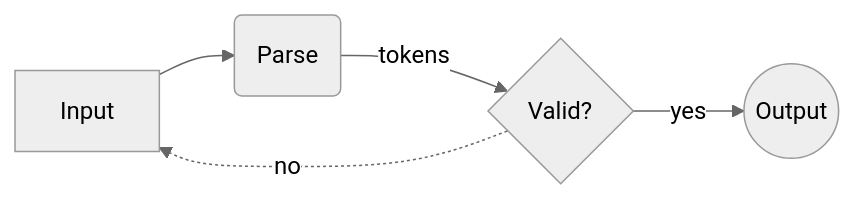
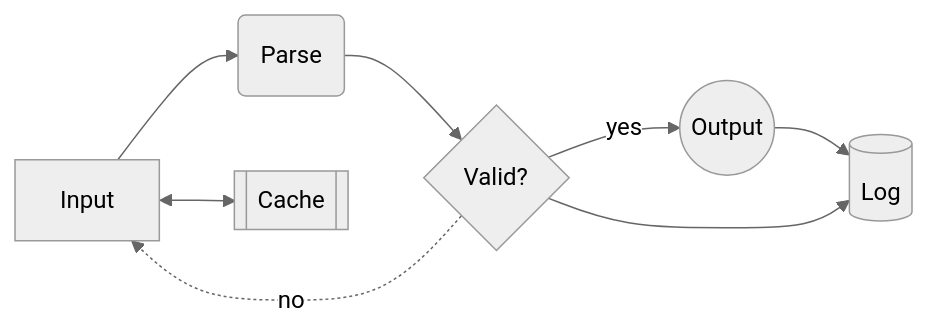
The third of 13 diagrams in src/content/docs/mermaid.md (elixpo/sketch.elixpo), drawn with Mermaid (neutral theme) before and after one commit. The commit also changed other lines of this file and 1 other file, not shown here.

First line of the commit message:
docs(mermaid): Excalidraw-parity support matrix, per-type syntax and examples

````diff
--- a/src/content/docs/mermaid.md
+++ b/src/content/docs/mermaid.md
@@ -97,7 +132,8 @@
 ```mermaid
 graph LR
-  input[Input] --> parse(Parse)
-  parse -->|tokens| check{Valid?}
+  input[Input] --> parse(Parse) --> check{Valid?}
   check -- yes --> out((Output))
   check -.->|no| input
+  out & check --> log[(Log)]
+  input <--> cache[[Cache]]
 ```
````
